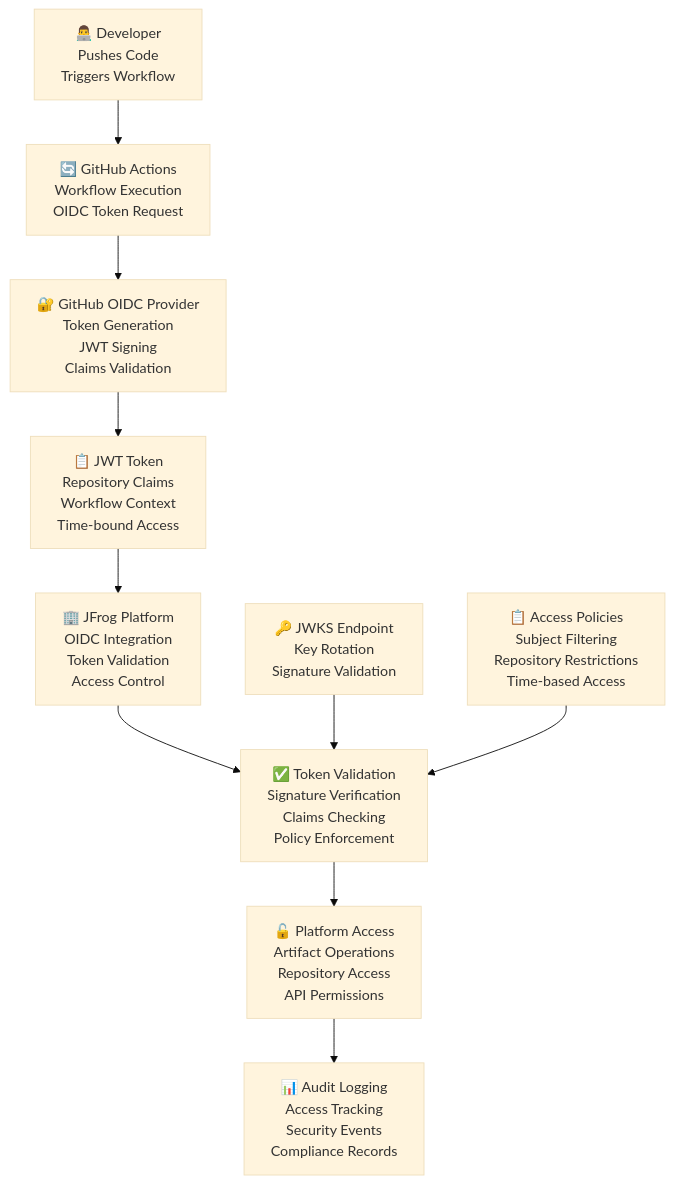
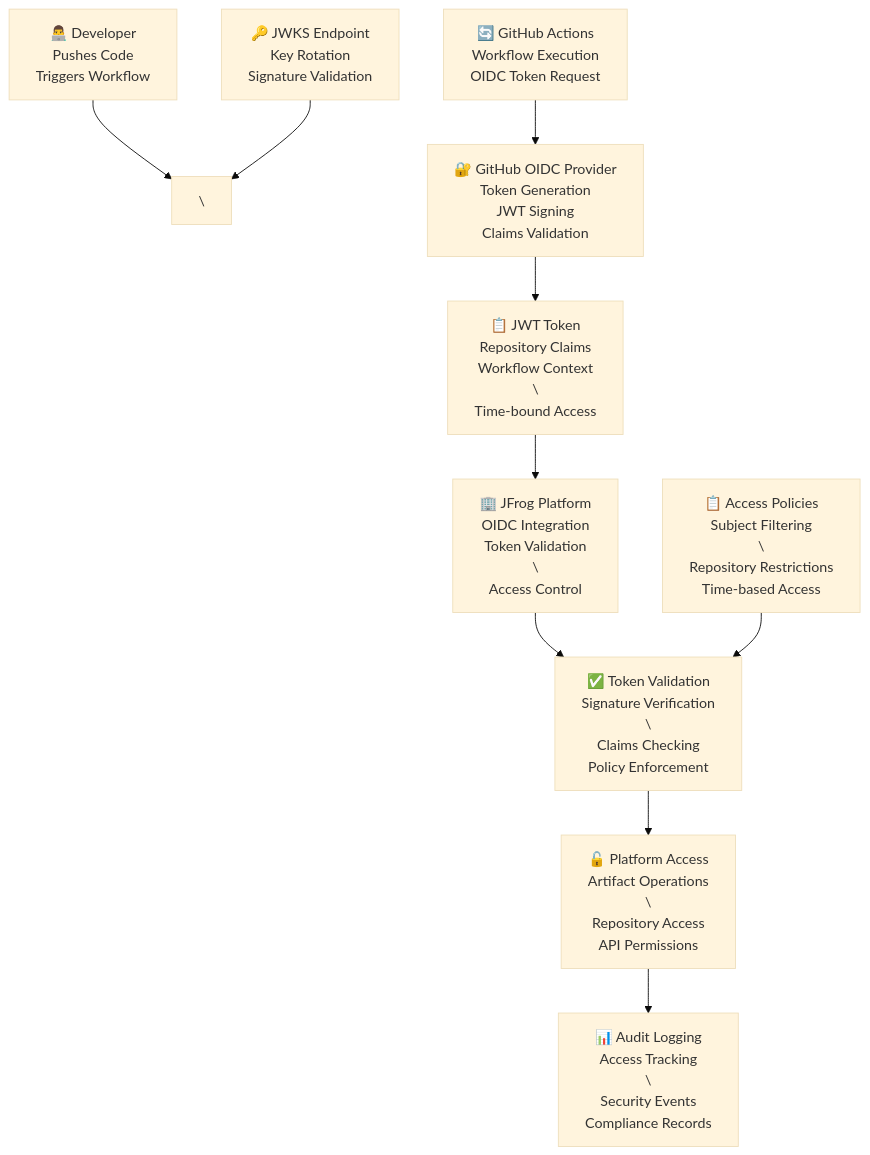
Before and after one commit to yonatanp-jfrog/bookverse-demo-init: the diagram in docs/OIDC_AUTHENTICATION.md, drawn with Mermaid (base theme). The commit also changed other lines of this file and 1 other file, not shown here.

Commit message:
Update documentation: OIDC authentication and setup automation improvements
- Enhanced OIDC authentication documentation with troubleshooting guidance
- Updated setup automation documentation with current best practices
- Reflects lessons learned from inventory rollback investigation and fixes

````diff
--- a/docs/OIDC_AUTHENTICATION.md
+++ b/docs/OIDC_AUTHENTICATION.md
@@ -33,20 +34,28 @@
 ```mermaid
 graph TB
-    DEV[👨‍💻 Developer<br/>Pushes Code<br/>Triggers Workflow] --> GH[🔄 GitHub Actions<br/>Workflow Execution<br/>OIDC Token Request]
+    DEV[👨‍💻 Developer<br/>Pushes Code<br/>Triggers Workflow] --> \
+        GH[🔄 GitHub Actions<br/>Workflow Execution<br/>OIDC Token Request]
     
     GH --> IDP[🔐 GitHub OIDC Provider<br/>Token Generation<br/>JWT Signing<br/>Claims Validation]
     
-    IDP --> JWT[📋 JWT Token<br/>Repository Claims<br/>Workflow Context<br/>Time-bound Access]
+    IDP --> JWT[📋 JWT Token<br/>Repository Claims<br/>Workflow Context<br/>\
+        Time-bound Access]
     
-    JWT --> JFROG[🏢 JFrog Platform<br/>OIDC Integration<br/>Token Validation<br/>Access Control]
+    JWT --> JFROG[🏢 JFrog Platform<br/>OIDC Integration<br/>Token Validation<br/>\
+        Access Control]
     
-    JFROG --> VALIDATE[✅ Token Validation<br/>Signature Verification<br/>Claims Checking<br/>Policy Enforcement]
+    JFROG --> VALIDATE[✅ Token Validation<br/>Signature Verification<br/>\
+        Claims Checking<br/>Policy Enforcement]
     
-    VALIDATE --> ACCESS[🔓 Platform Access<br/>Artifact Operations<br/>Repository Access<br/>API Permissions]
+    VALIDATE --> ACCESS[🔓 Platform Access<br/>Artifact Operations<br/>\
+        Repository Access<br/>API Permissions]
     
-    ACCESS --> AUDIT[📊 Audit Logging<br/>Access Tracking<br/>Security Events<br/>Compliance Records]
+    ACCESS --> AUDIT[📊 Audit Logging<br/>Access Tracking<br/>\
+        Security Events<br/>Compliance Records]
     
-    JWKS[🔑 JWKS Endpoint<br/>Key Rotation<br/>Signature Validation] --> VALIDATE
+    JWKS[🔑 JWKS Endpoint<br/>Key Rotation<br/>Signature Validation] --> \
+        VALIDATE
     
-    POLICIES[📋 Access Policies<br/>Subject Filtering<br/>Repository Restrictions<br/>Time-based Access] --> VALIDATE
+    POLICIES[📋 Access Policies<br/>Subject Filtering<br/>\
+        Repository Restrictions<br/>Time-based Access] --> VALIDATE
 ```
````
